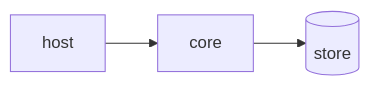
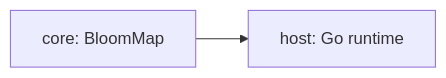
The diagram in docs/04-tradeoffs.md (yoarajota/concept-bloom-go), drawn with Mermaid before and after one commit. The commit also changed other lines of this file and 5 other files, not shown here.

````diff
--- a/docs/04-tradeoffs.md
+++ b/docs/04-tradeoffs.md
@@ -17,5 +15,4 @@
 ```mermaid
 flowchart LR
-  core[core] --> store[(store)]
-  host[host] --> core
+  core[core: BloomMap] --> host[host: Go runtime]
 ```
````
